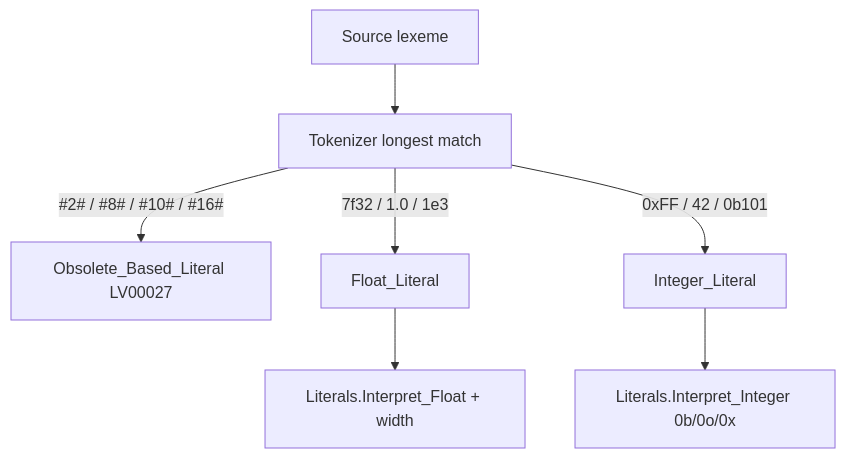
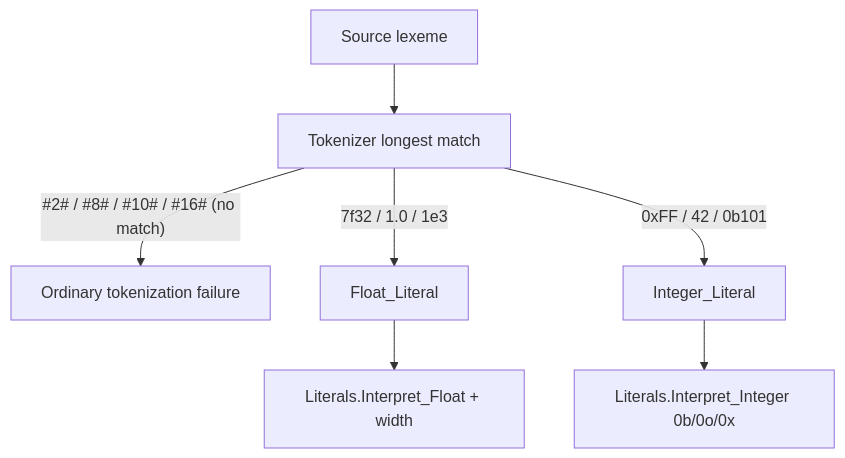
Before and after one commit to sanelli/lovelace: the diagram in .cursor/plans/039-literal-reform.plan.md, drawn with Mermaid. The commit also changed other lines of this file and 13 other files, not shown here.

````diff
--- a/.cursor/plans/039-literal-reform.plan.md
+++ b/.cursor/plans/039-literal-reform.plan.md
@@ -102,17 +100,17 @@
 ```mermaid
 flowchart TD
   src["Source lexeme"]
   tok["Tokenizer longest match"]
-  obsolete["Obsolete_Based_Literal LV00027"]
+  fail["Ordinary tokenization failure"]
   fl["Float_Literal"]
   il["Integer_Literal"]
   litF["Literals.Interpret_Float + width"]
   litI["Literals.Interpret_Integer 0b/0o/0x"]
 
   src --> tok
-  tok -->|"#2# / #8# / #10# / #16#"| obsolete
+  tok -->|"#2# / #8# / #10# / #16# (no match)"| fail
   tok -->|"7f32 / 1.0 / 1e3"| fl
   tok -->|"0xFF / 42 / 0b101"| il
   fl --> litF
   il --> litI
 ```
````
